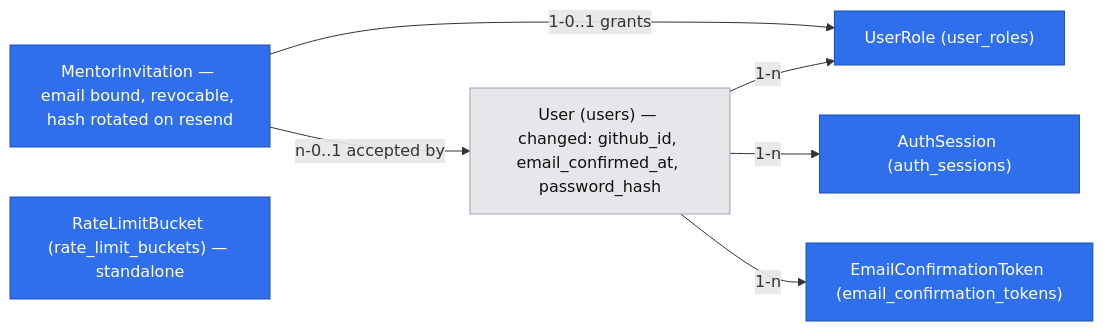
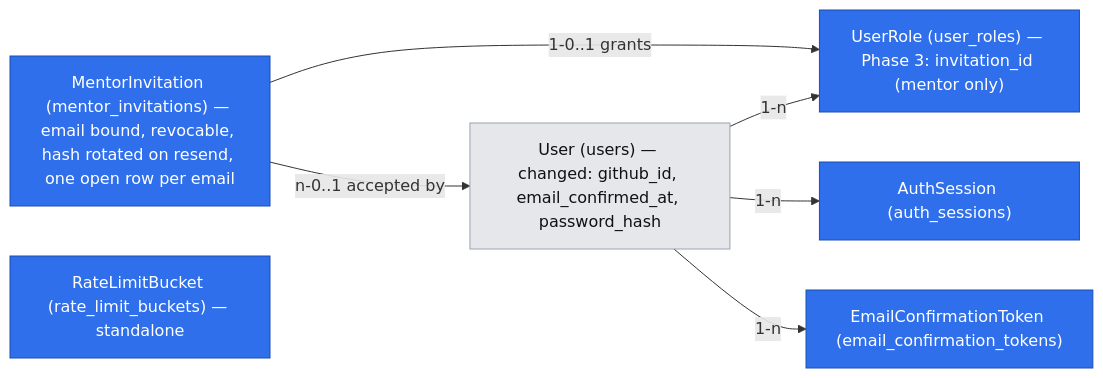
The second of 2 diagrams in .ai/specs/2026-10-17-accounts-and-roles.md (rafsaw/ai_techleaders), drawn with Mermaid before and after one commit. The commit also changed other lines of this file and 10 other files, not shown here.

First line of the commit message:
feat(db): mentor invitation schema (E01 3.1)

````diff
--- a/.ai/specs/2026-10-17-accounts-and-roles.md
+++ b/.ai/specs/2026-10-17-accounts-and-roles.md
@@ -314,18 +314,18 @@
 ```mermaid
 flowchart LR
     classDef newEntity fill:#2f6feb,color:#fff,stroke:#1b4fb0
     classDef existingEntity fill:#e5e7eb,color:#111,stroke:#9ca3af
 
     entity_1["User (users) — changed: github_id, email_confirmed_at, password_hash"]:::existingEntity
-    entity_2["UserRole (user_roles)"]:::newEntity
+    entity_2["UserRole (user_roles) — Phase 3: invitation_id (mentor only)"]:::newEntity
     entity_3["AuthSession (auth_sessions)"]:::newEntity
     entity_4["EmailConfirmationToken (email_confirmation_tokens)"]:::newEntity
-    entity_5["MentorInvitation — email bound, revocable, hash rotated on resend"]:::newEntity
+    entity_5["MentorInvitation (mentor_invitations) — email bound, revocable, hash rotated on resend, one open row per email"]:::newEntity
     entity_6["RateLimitBucket (rate_limit_buckets) — standalone"]:::newEntity
 
     entity_1 -->|"1-n"| entity_2
     entity_1 -->|"1-n"| entity_3
     entity_1 -->|"1-n"| entity_4
     entity_5 -->|"1-0..1 grants"| entity_2
     entity_5 -->|"n-0..1 accepted by"| entity_1
 ```
````
